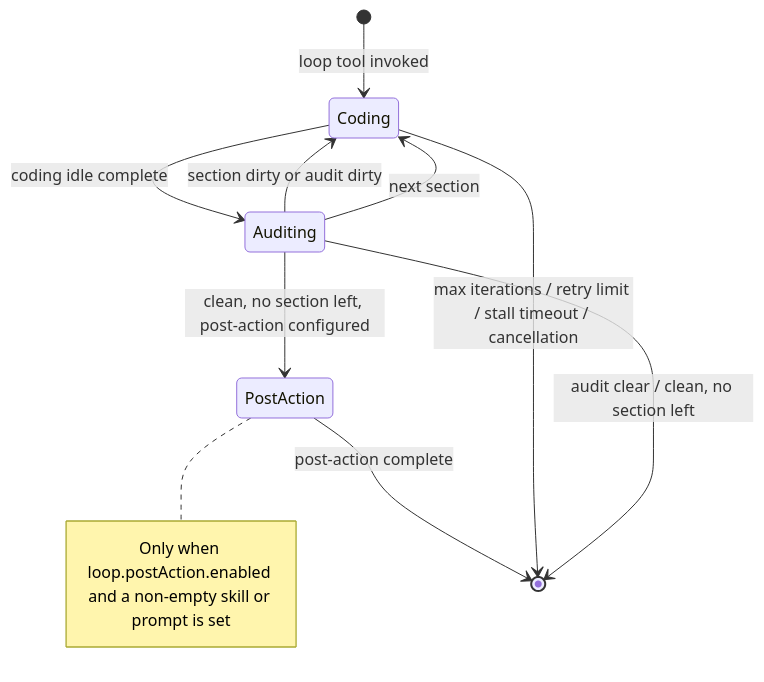
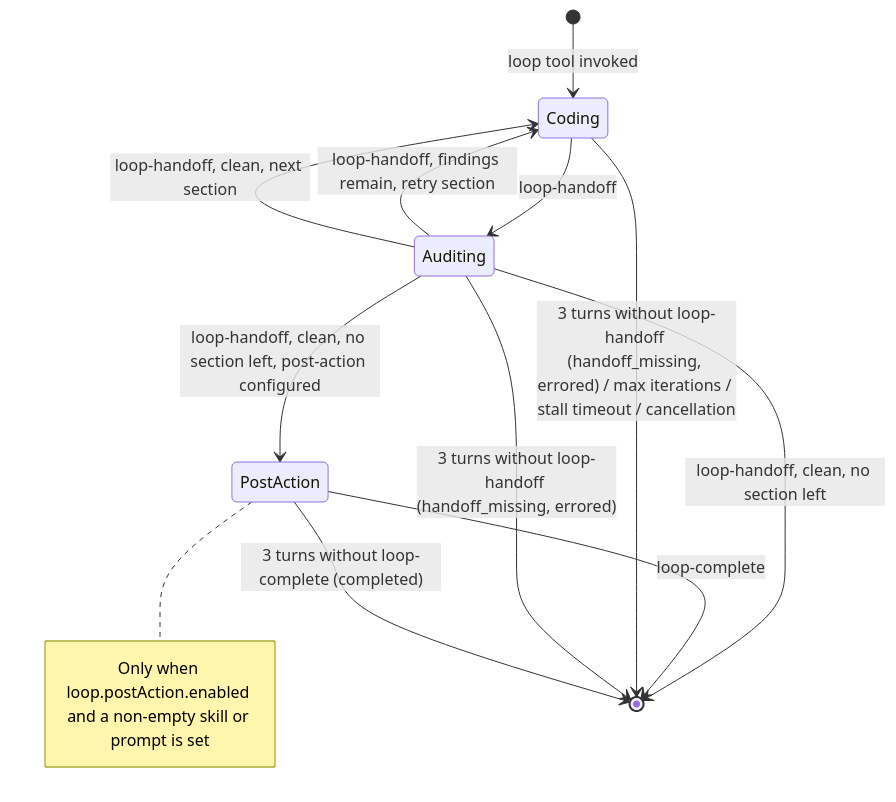
Before and after one commit to chriswritescode-dev/opencode-forge: the first of 2 diagrams in docs/api/_media/loop-system.md, drawn with Mermaid. The commit also changed other lines of this file and 83 other files, not shown here.

````diff
--- a/docs/api/_media/loop-system.md
+++ b/docs/api/_media/loop-system.md
@@ -37,12 +38,14 @@
 ```mermaid
 stateDiagram-v2
     [*] --> Coding: loop tool invoked
-    Coding --> Auditing: coding idle complete
-    Auditing --> Coding: section dirty or audit dirty
-    Auditing --> Coding: next section
-    Auditing --> PostAction: clean, no section left, post-action configured
+    Coding --> Auditing: loop-handoff
+    Auditing --> Coding: loop-handoff, findings remain, retry section
+    Auditing --> Coding: loop-handoff, clean, next section
+    Auditing --> PostAction: loop-handoff, clean, no section left, post-action configured
     note right of PostAction: Only when loop.postAction.enabled and a non-empty skill or prompt is set
-    PostAction --> [*]: post-action complete
-    Coding --> [*]: max iterations / retry limit / stall timeout / cancellation
-    Auditing --> [*]: audit clear / clean, no section left
+    Auditing --> [*]: loop-handoff, clean, no section left
+    PostAction --> [*]: loop-complete
+    Coding --> [*]: 3 turns without loop-handoff (handoff_missing, errored) / max iterations / stall timeout / cancellation
+    Auditing --> [*]: 3 turns without loop-handoff (handoff_missing, errored)
+    PostAction --> [*]: 3 turns without loop-complete (completed)
 ```
````
